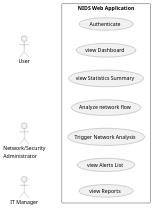
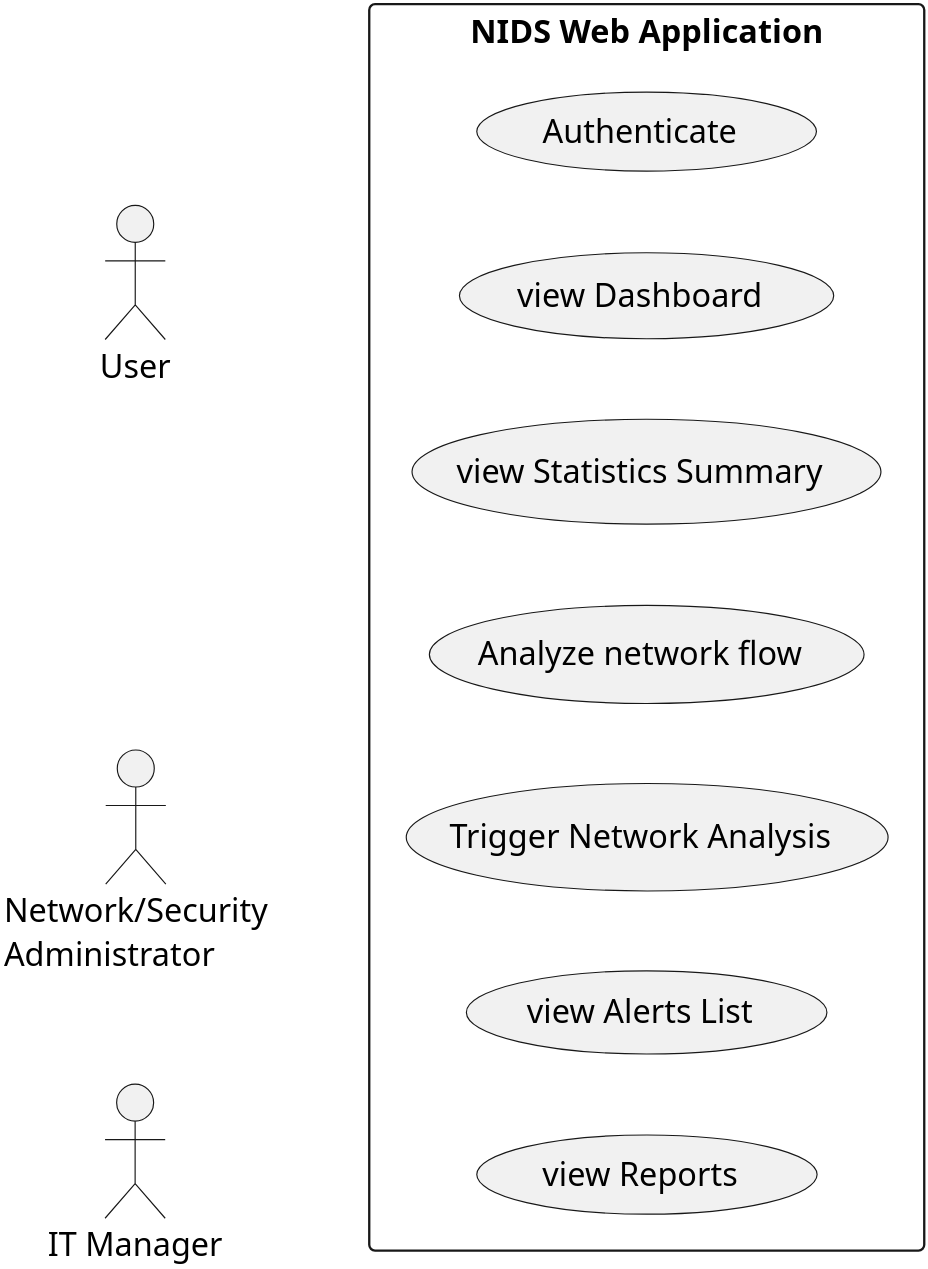
One commit to Amira-BOUAFIF/pfe-nids-report changed the diagram in diagrams/code/global-use-case.puml. Above: the diagram before and after it, drawn with PlantUML. The commit also changed 15 other files, not shown here.

```diff
--- a/diagrams/code/global-use-case.puml
+++ b/diagrams/code/global-use-case.puml
@@ -2,41 +2,42 @@
 @startuml NIDS_UseCaseDiagram
-
+scale 2
+skinparam dpi 300
 left to right direction
 skinparam packageStyle rectangle
 
 
 ' ─── Left Actors ──────────────────────────────────────
 actor "User" as user
 actor "Network/Security\nAdministrator" as Admin
 actor "IT Manager"                       as ITMgr
 
 ' ─── System Boundary ──────────────────────────────────
 rectangle "NIDS Web Application" {
     
     usecase "Authenticate" as UC03
     usecase "view Dashboard" as UC04
     usecase "view Statistics Summary" as UC05
     usecase "Analyze network flow"  as UC01
     usecase "Trigger Network Analysis" as UC02
     usecase "view Alerts List" as UC06
     usecase "view Reports" as UC07
     
 }
 
 ' ─── Right Actor ──────────────────────────────────────
 
 user -[hidden]- UC03
 user -[hidden]- UC04
 user -[hidden]- UC05
 
 ' ─── Admin associations ───────────────────────────────
 Admin -[hidden]- UC02
 Admin -[hidden]- UC06
 
 
 ' ─── IT Manager associations ──────────────────────────
 ITMgr -[hidden]- UC07
 
 ' ─── Detection Engine associations ───────────────────
 
 @enduml
```
